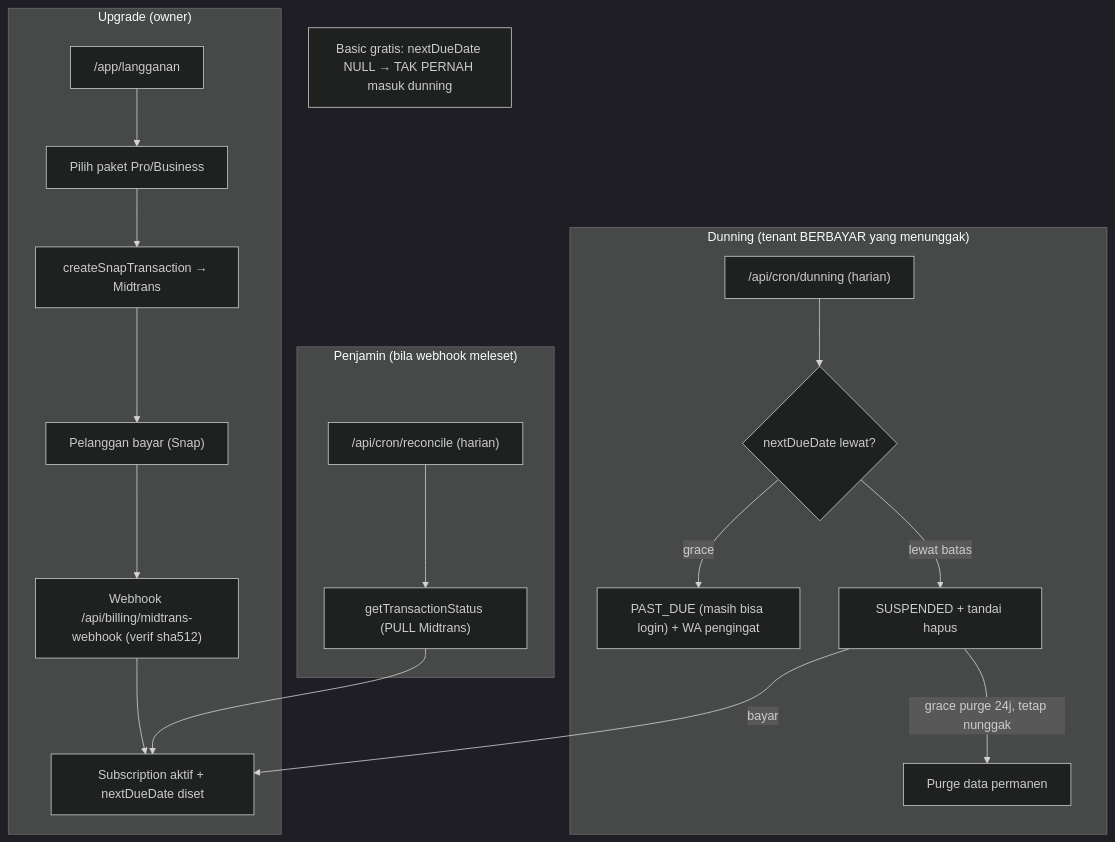
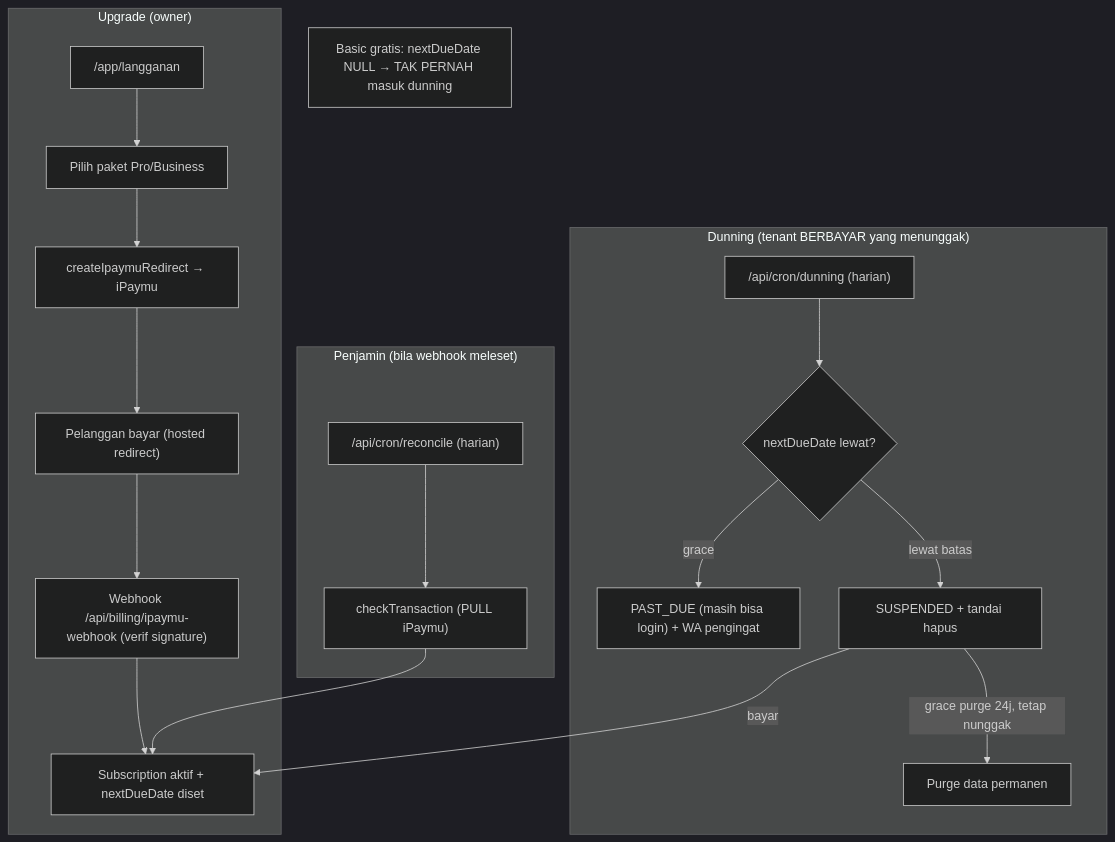
One commit to ryanandrian/aircon changed the sixth of 10 diagrams in docs/ALUR_APLIKASI.md. Above: the diagram before and after it, drawn with Mermaid (dark theme). The commit also changed other lines of this file and 119 other files, not shown here.

Commit message:
feat(billing): complete iPaymu-only migration

````diff
--- a/docs/ALUR_APLIKASI.md
+++ b/docs/ALUR_APLIKASI.md
@@ -219,25 +219,25 @@
 ```mermaid
 flowchart TD
   subgraph UPGRADE["Upgrade (owner)"]
     LG["/app/langganan"] --> PICK["Pilih paket Pro/Business"]
-    PICK --> SNAP["createSnapTransaction → Midtrans"]
-    SNAP --> PAY["Pelanggan bayar (Snap)"]
-    PAY --> WH["Webhook /api/billing/midtrans-webhook (verif sha512)"]
+    PICK --> IPAY["createIpaymuRedirect → iPaymu"]
+    IPAY --> PAY["Pelanggan bayar (hosted redirect)"]
+    PAY --> WH["Webhook /api/billing/ipaymu-webhook (verif signature)"]
     WH --> ACT["Subscription aktif + nextDueDate diset"]
   end
 
   subgraph JAGA["Penjamin (bila webhook meleset)"]
-    CRON["/api/cron/reconcile (harian)"] --> PULL["getTransactionStatus (PULL Midtrans)"]
+    CRON["/api/cron/reconcile (harian)"] --> PULL["checkTransaction (PULL iPaymu)"]
     PULL --> ACT
   end
 
   subgraph DUN["Dunning (tenant BERBAYAR yang menunggak)"]
     CRD["/api/cron/dunning (harian)"] --> LATE{"nextDueDate lewat?"}
     LATE -->|"grace"| PD["PAST_DUE (masih bisa login) + WA pengingat"]
     LATE -->|"lewat batas"| SUS["SUSPENDED + tandai hapus"]
     SUS -->|"grace purge 24j, tetap nunggak"| PURGE["Purge data permanen"]
     SUS -->|"bayar"| ACT
   end
 
   NOTE["Basic gratis: nextDueDate NULL → TAK PERNAH masuk dunning"]
 ```
````
